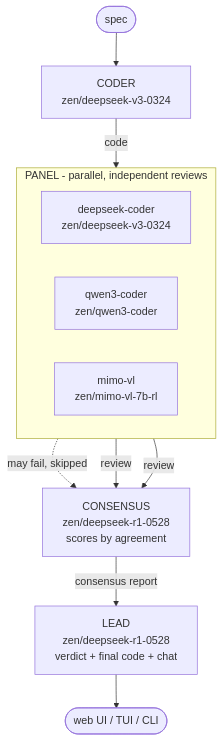
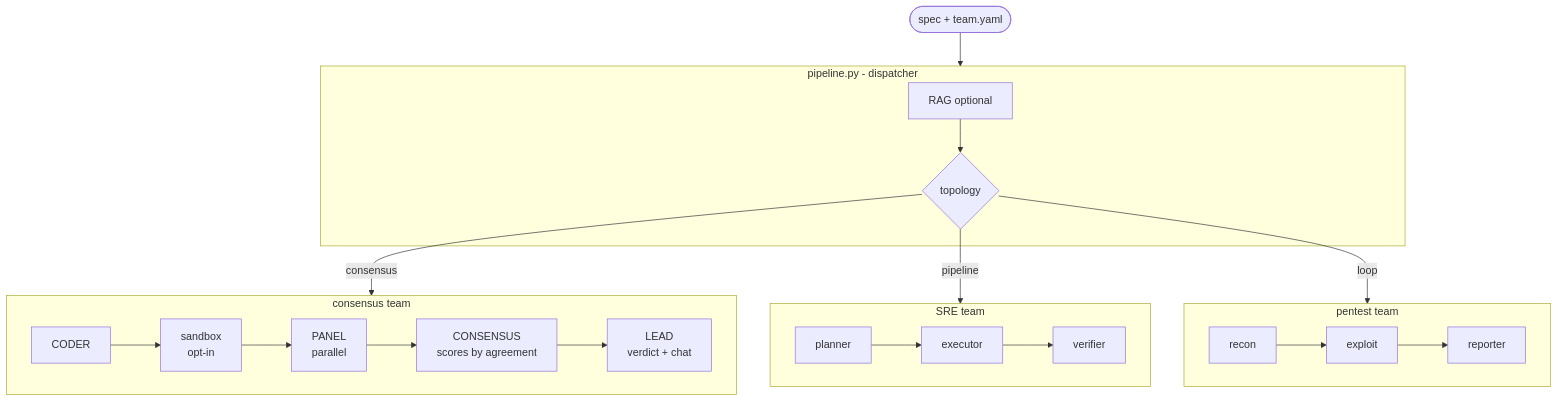
One commit to log0u7/consensus changed the diagram in README.md. Above: the diagram before and after it, drawn with Mermaid. The commit also changed other lines of this file and 4 other files, not shown here.

````diff
--- a/README.md
+++ b/README.md
@@ -18,20 +17,28 @@
 ```mermaid
 flowchart TD
-    spec([spec]) --> coder["CODER\nzen/deepseek-v3-0324"]
-    coder -->|code| panel
+    spec([spec + team.yaml]) --> pipeline
 
-    subgraph panel["PANEL - parallel, independent reviews"]
-        direction LR
-        r1["deepseek-coder\nzen/deepseek-v3-0324"]
-        r2["qwen3-coder\nzen/qwen3-coder"]
-        r3["mimo-vl\nzen/mimo-vl-7b-rl"]
+    subgraph pipeline["pipeline.py - dispatcher"]
+        rag[RAG optional] --> topology
+        topology{topology}
     end
 
-    r1 -.->|may fail, skipped| consensus
-    r2 -->|review| consensus
-    r3 -->|review| consensus
+    topology -->|consensus| cons_flow
+    topology -->|pipeline| seq_flow
+    topology -->|loop| loop_flow
 
-    consensus["CONSENSUS\nzen/deepseek-r1-0528\nscores by agreement"]
-    consensus -->|consensus report| lead["LEAD\nzen/deepseek-r1-0528\nverdict + final code + chat"]
-    lead --> ui([web UI / TUI / CLI])
+    subgraph cons_flow["consensus team"]
+        coder["CODER"] --> sandbox["sandbox\nopt-in"]
+        sandbox --> panel["PANEL\nparallel"]
+        panel --> consensus["CONSENSUS\nscores by agreement"]
+        consensus --> lead["LEAD\nverdict + chat"]
+    end
+
+    subgraph seq_flow["SRE team"]
+        planner --> executor --> verifier
+    end
+
+    subgraph loop_flow["pentest team"]
+        recon --> exploit --> reporter
+    end
 ```
````
